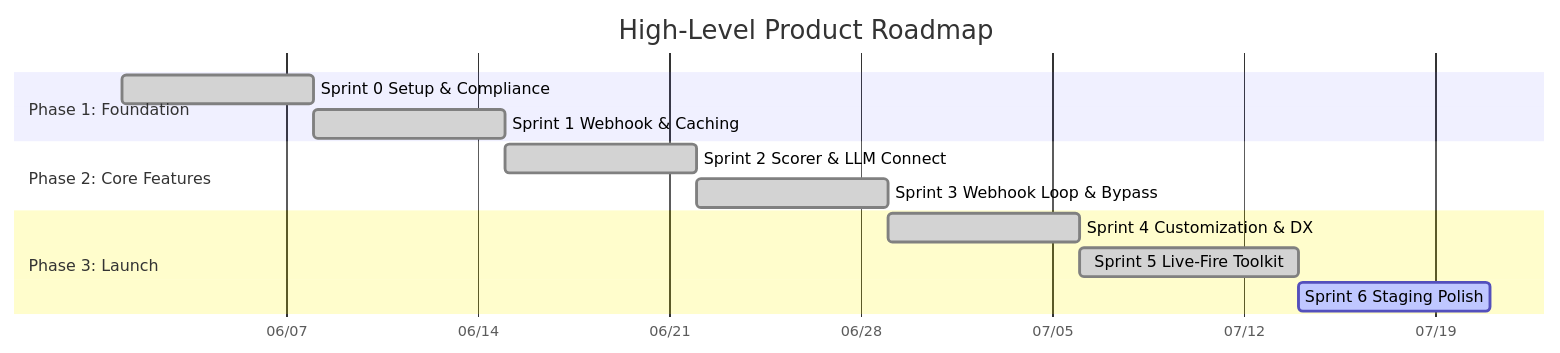
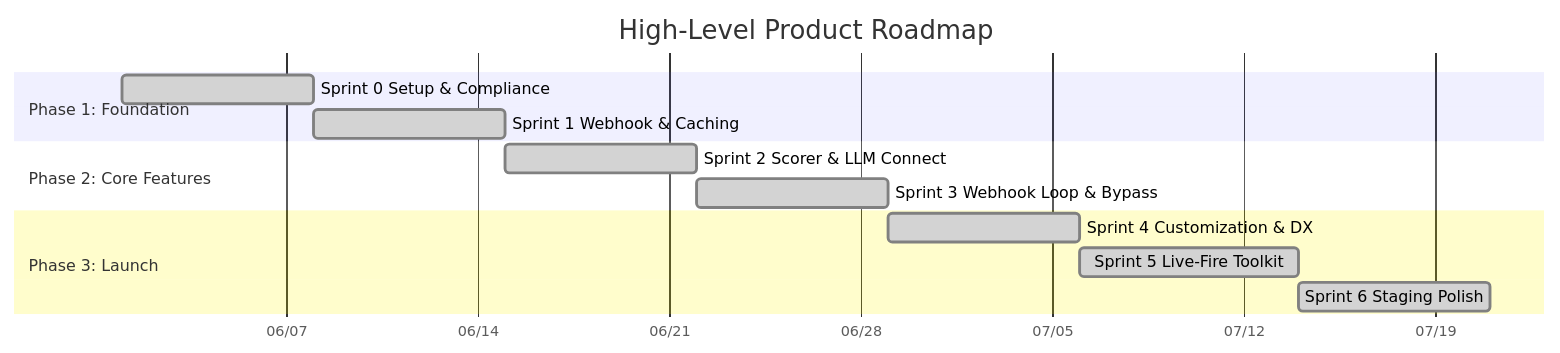
One commit to tinhct/archi-check changed the diagram in docs/PM/Product_Roadmap.md. Above: the diagram before and after it, drawn with Mermaid. The commit also changed other lines of this file and 9 other files, not shown here.

Commit message:
docs: finalize Sprint 6 Agile, DevSecOps, and Architectural sync updates

````diff
--- a/docs/PM/Product_Roadmap.md
+++ b/docs/PM/Product_Roadmap.md
@@ -10,19 +10,19 @@
 ```mermaid
 gantt
     title High-Level Product Roadmap
     dateFormat YYYY-MM-DD
     axisFormat %m/%d
     
     section Phase 1: Foundation
     Sprint 0 Setup & Compliance       :done, sprint0, 2026-06-01, 7d
     Sprint 1 Webhook & Caching        :done, sprint1, after sprint0, 7d
     
     section Phase 2: Core Features
     Sprint 2 Scorer & LLM Connect     :done, sprint2, after sprint1, 7d
     Sprint 3 Webhook Loop & Bypass    :done, sprint3, after sprint2, 7d
     
     section Phase 3: Launch
     Sprint 4 Customization & DX       :done, sprint4, after sprint3, 7d
     Sprint 5 Live-Fire Toolkit        :done, sprint5, after sprint4, 8d
-    Sprint 6 Staging Polish           :active, sprint6, after sprint5, 7d
+    Sprint 6 Staging Polish           :done, sprint6, after sprint5, 7d
 ```
````
